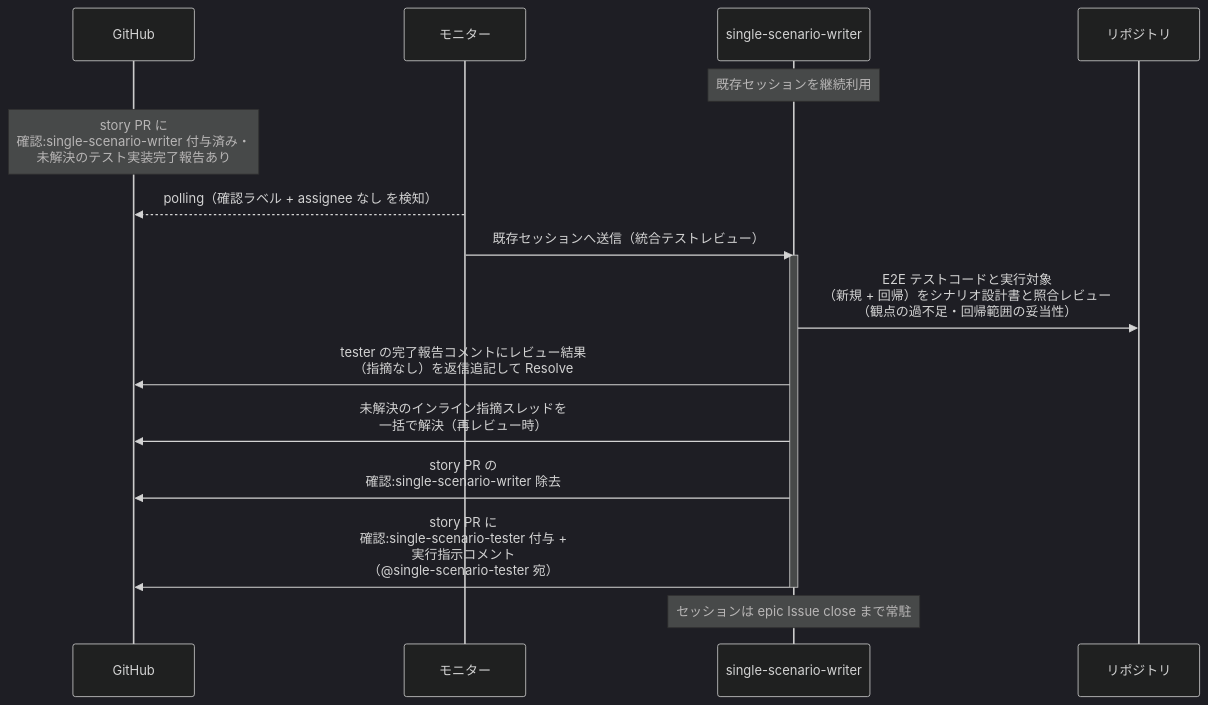
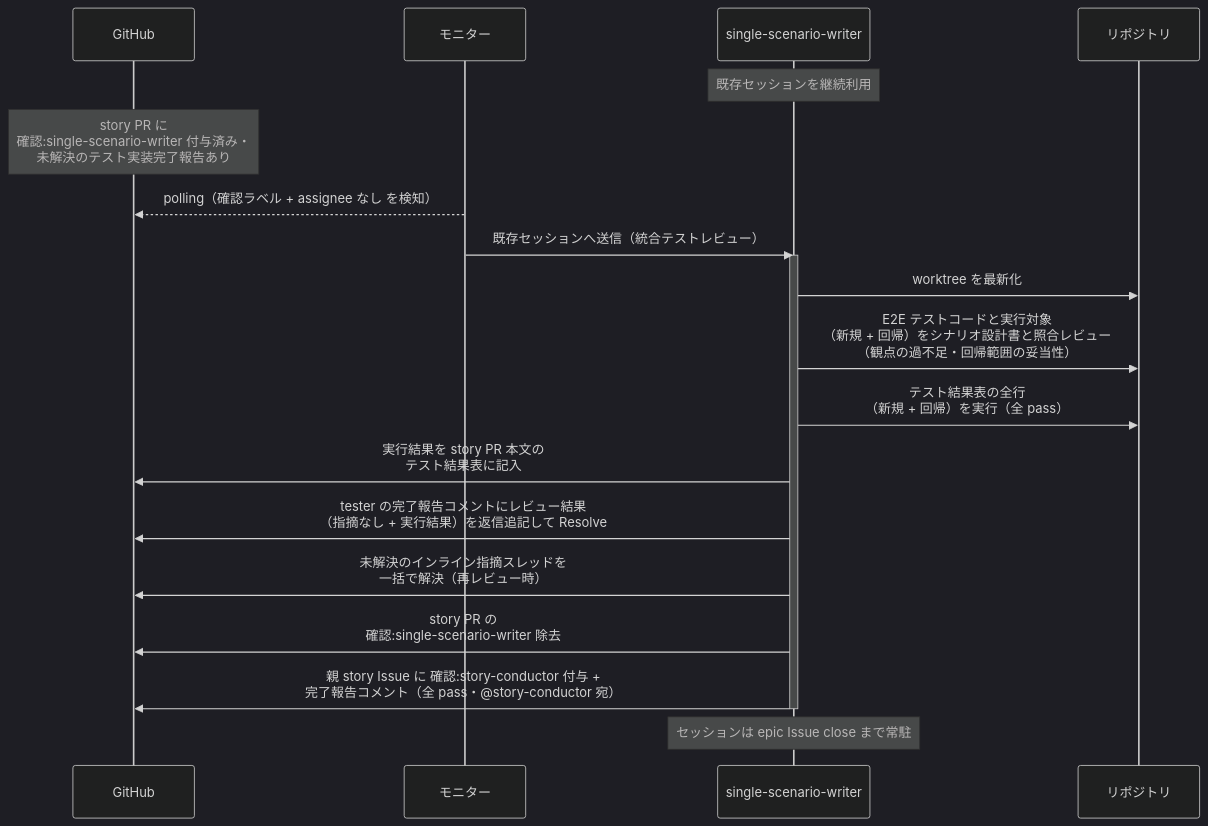
One commit to shuhei1101/ai-monitor changed the first of 5 diagrams in docs/wiki/設計図/シナリオ/単一ユースケース/統合テストレビュー.md. Above: the diagram before and after it, drawn with Mermaid (dark theme). The commit also changed other lines of this file and 304 other files, not shown here.

````diff
--- a/docs/wiki/設計図/シナリオ/単一ユースケース/統合テストレビュー.md
+++ b/docs/wiki/設計図/シナリオ/単一ユースケース/統合テストレビュー.md
@@ -36,20 +38,23 @@
 ```mermaid
 sequenceDiagram
   participant GH as GitHub
   participant ORC as モニター
   participant MON as single-scenario-writer
   participant REPO as リポジトリ
 
   Note over MON: 既存セッションを継続利用
   Note over GH: story PR に<br>確認:single-scenario-writer 付与済み・<br>未解決のテスト実装完了報告あり
   ORC-->>GH: polling（確認ラベル + assignee なし を検知）
   ORC->>MON: 既存セッションへ送信（統合テストレビュー）
   activate MON
+  MON->>REPO: worktree を最新化
   MON->>REPO: E2E テストコードと実行対象<br>（新規 + 回帰）をシナリオ設計書と照合レビュー<br>（観点の過不足・回帰範囲の妥当性）
-  MON->>GH: tester の完了報告コメントにレビュー結果<br>（指摘なし）を返信追記して Resolve
+  MON->>REPO: テスト結果表の全行<br>（新規 + 回帰）を実行（全 pass）
+  MON->>GH: 実行結果を story PR 本文の<br>テスト結果表に記入
+  MON->>GH: tester の完了報告コメントにレビュー結果<br>（指摘なし + 実行結果）を返信追記して Resolve
   MON->>GH: 未解決のインライン指摘スレッドを<br>一括で解決（再レビュー時）
   MON->>GH: story PR の<br>確認:single-scenario-writer 除去
-  MON->>GH: story PR に<br>確認:single-scenario-tester 付与 +<br>実行指示コメント<br>（@single-scenario-tester 宛）
+  MON->>GH: 親 story Issue に 確認:story-conductor 付与 +<br>完了報告コメント（全 pass・@story-conductor 宛）
   deactivate MON
   Note over MON: セッションは epic Issue close まで常駐
 ```
````
